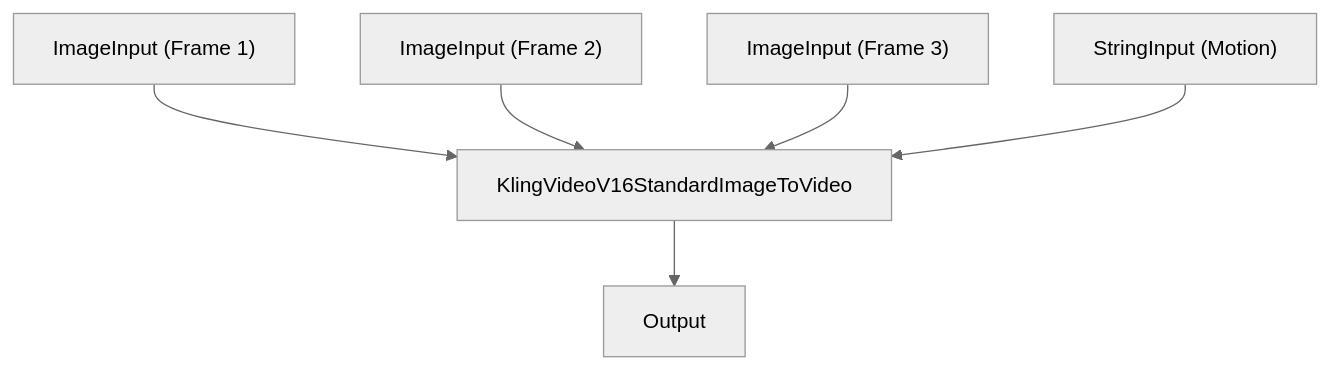
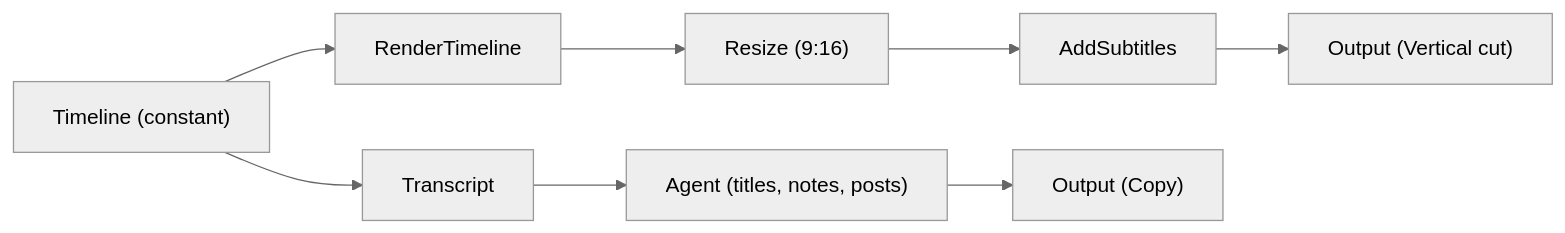
Before and after one commit to nodetool-ai/nodetool: the seventh of 8 diagrams in docs/cookbook/patterns.md, drawn with Mermaid (neutral theme). The commit also changed other lines of this file and 6 other files, not shown here.

```diff
--- a/docs/cookbook/patterns.md
+++ b/docs/cookbook/patterns.md
@@ -423,14 +257,13 @@
 {% mermaid %}
-graph TD
-  image1["ImageInput (Frame 1)"]
-  image2["ImageInput (Frame 2)"]
-  image3["ImageInput (Frame 3)"]
-  motion_prompt["StringInput (Motion)"]
-  output["Output"]
-  kling_i2v["KlingVideoV16StandardImageToVideo"]
-  kling_i2v --> output
-  image1 --> kling_i2v
-  image2 --> kling_i2v
-  image3 --> kling_i2v
-  motion_prompt --> kling_i2v
+graph LR
+  tl["Timeline (constant)"]
+  transcript["Transcript"]
+  agent["Agent (titles, notes, posts)"]
+  render["RenderTimeline"]
+  vertical["Resize (9:16)"]
+  subs["AddSubtitles"]
+  copy["Output (Copy)"]
+  post["Output (Vertical cut)"]
+  tl --> transcript --> agent --> copy
+  tl --> render --> vertical --> subs --> post
 {% endmermaid %}
```
